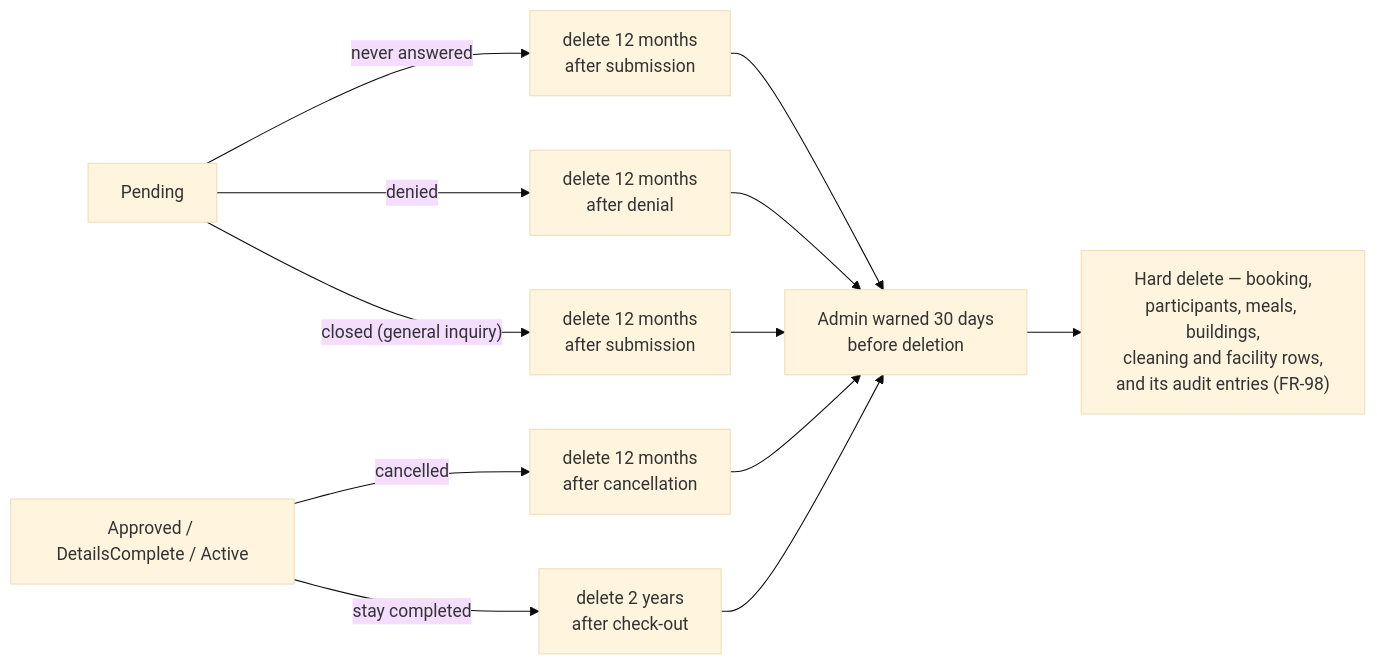
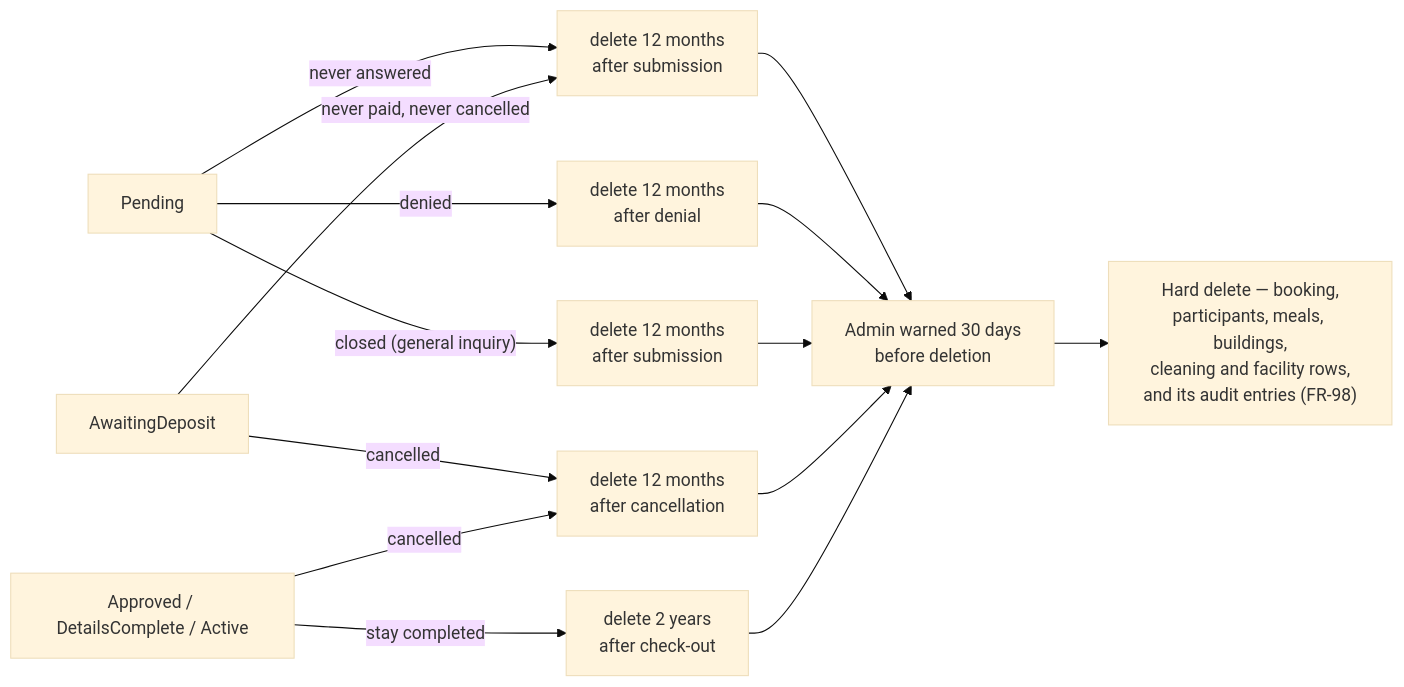
One commit to eliya-amanoeel/akerogarden changed the fourth of 4 diagrams in docs/product/booking-lifecycle-timeline.md. Above: the diagram before and after it, drawn with Mermaid (base theme). The commit also changed other lines of this file and 57 other files, not shown here.

````diff
--- a/docs/product/booking-lifecycle-timeline.md
+++ b/docs/product/booking-lifecycle-timeline.md
@@ -224,15 +241,17 @@
 ```mermaid
 flowchart LR
     P["Pending"] -->|"never answered"| R1["delete 12 months<br/>after submission"]
+    AD["AwaitingDeposit"] -->|"never paid, never cancelled"| R1
+    AD -->|"cancelled"| R4
     P -->|"denied"| R2["delete 12 months<br/>after denial"]
     P -->|"closed (general inquiry)"| R3["delete 12 months<br/>after submission"]
     A["Approved / DetailsComplete / Active"] -->|"cancelled"| R4["delete 12 months<br/>after cancellation"]
     A -->|"stay completed"| R5["delete 2 years<br/>after check-out"]
 
     R1 --> W["Admin warned 30 days<br/>before deletion"]
     R2 --> W
     R3 --> W
     R4 --> W
     R5 --> W
     W --> D["Hard delete — booking,<br/>participants, meals, buildings,<br/>cleaning and facility rows,<br/>and its audit entries (FR-98)"]
 ```
````
